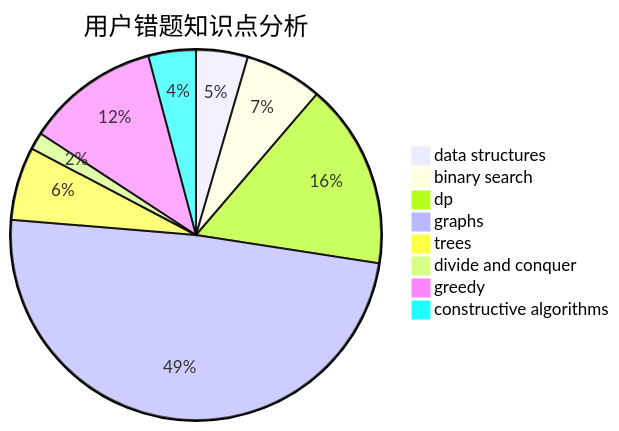
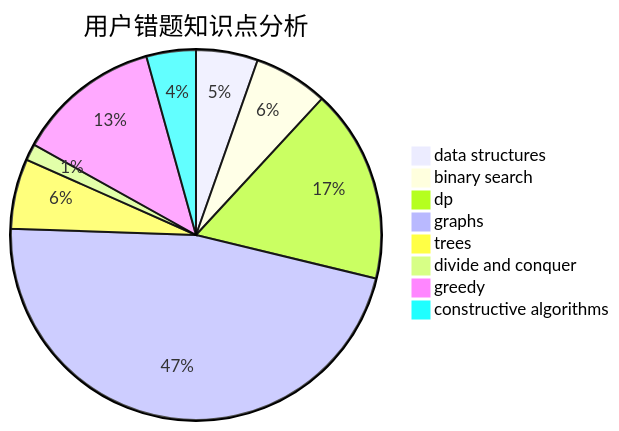
Before and after one commit to sherpahu/cfrs.github.io: the third of 3 diagrams in docs/user/u2126.md, drawn with Mermaid. The commit also changed other lines of this file and 2770 other files, not shown here.

````diff
--- a/docs/user/u2126.md
+++ b/docs/user/u2126.md
@@ -36,11 +36,11 @@
 ```mermaid
 pie title 用户错题知识点分析
-    "data structures" :  12
+    "data structures" :  15
     "binary search" :  18
-    "dp" :  43
+    "dp" :  47
     "graphs" :  130
     "trees" :  17
     "divide and conquer" :  4
-    "greedy" :  31
-    "constructive algorithms" :  11
+    "greedy" :  35
+    "constructive algorithms" :  12
 ```
````
